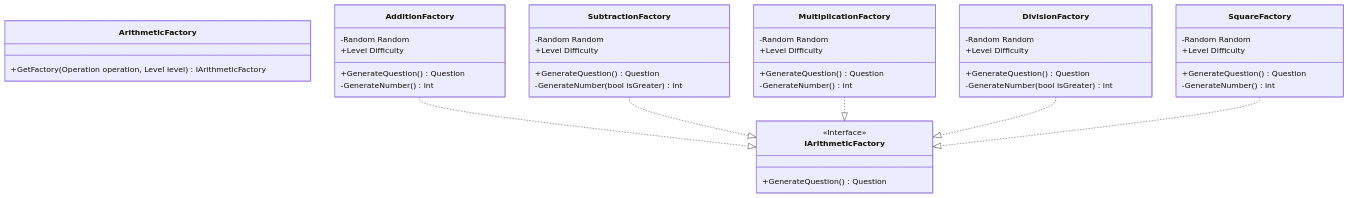
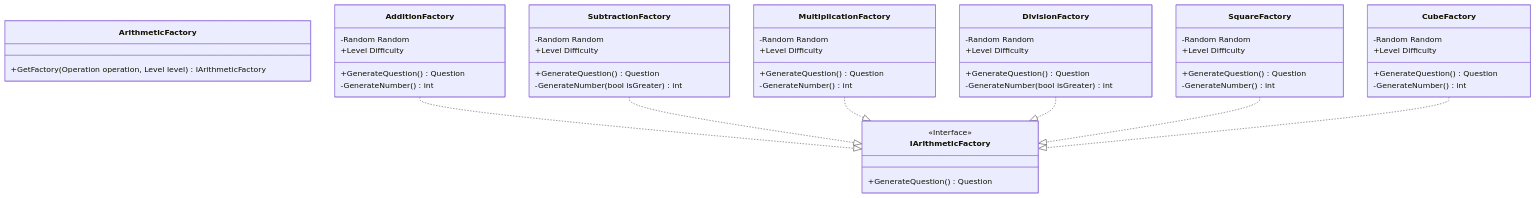
One commit to CodeDreamer06/MathGameChallenge changed the second of 4 diagrams in readme.md. Above: the diagram before and after it, drawn with Mermaid. The commit also changed other lines of this file and 6 other files, not shown here.

````diff
--- a/readme.md
+++ b/readme.md
@@ -23,51 +36,59 @@
 ```mermaid
 classDiagram
   class IArithmeticFactory {
     <<Interface>>
     +GenerateQuestion() Question
   }
   
   class ArithmeticFactory {
 	  +GetFactory(Operation operation, Level level) IArithmeticFactory
   }
   
   class AdditionFactory {
 	  -Random Random
 	  +Level Difficulty
 	  +GenerateQuestion() Question
 	  -GenerateNumber() int
   }
   
   class SubtractionFactory {
 	  -Random Random
 	  +Level Difficulty
 	  +GenerateQuestion() Question
 	  -GenerateNumber(bool isGreater) int
   }
   
   class MultiplicationFactory {
 	  -Random Random
 	  +Level Difficulty
 	  +GenerateQuestion() Question
 	  -GenerateNumber() int
   }
   
   class DivisionFactory {
 	  -Random Random
 	  +Level Difficulty
 	  +GenerateQuestion() Question
 	  -GenerateNumber(bool isGreater) int
   }
   
   class SquareFactory {
 	  -Random Random
 	  +Level Difficulty
 	  +GenerateQuestion() Question
 	  -GenerateNumber() int
   }
+  
+  class CubeFactory {
+	  -Random Random
+	  +Level Difficulty
+	  +GenerateQuestion() Question
+	  -GenerateNumber() int
+  }
   AdditionFactory ..|> IArithmeticFactory
   SubtractionFactory ..|> IArithmeticFactory
   MultiplicationFactory ..|> IArithmeticFactory
   DivisionFactory ..|> IArithmeticFactory
   SquareFactory ..|> IArithmeticFactory
+  CubeFactory ..|> IArithmeticFactory
 ```
````
